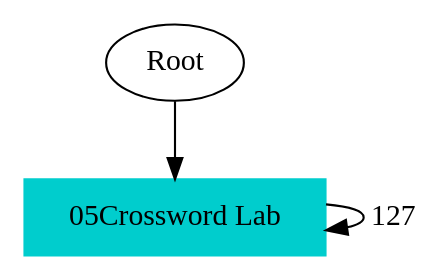
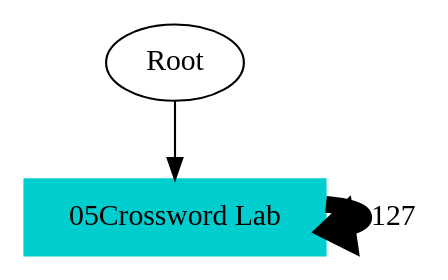
One commit to mypstom/robotide changed the diagram in TS2TS.gv. Above: the diagram before and after it, drawn with Graphviz. The commit also changed 19 other files, not shown here.

```diff
--- a/TS2TS.gv
+++ b/TS2TS.gv
@@ -1,7 +1,7 @@
 // TS <-> TS
 digraph {
 	Root
 	"05Crossword Lab" [color=cyan3 shape=box style=filled]
 		Root -> "05Crossword Lab"
-		"05Crossword Lab" -> "05Crossword Lab" [label=127]
+		"05Crossword Lab" -> "05Crossword Lab" [label=127 penwidth=7.98868468677]
 }
```
